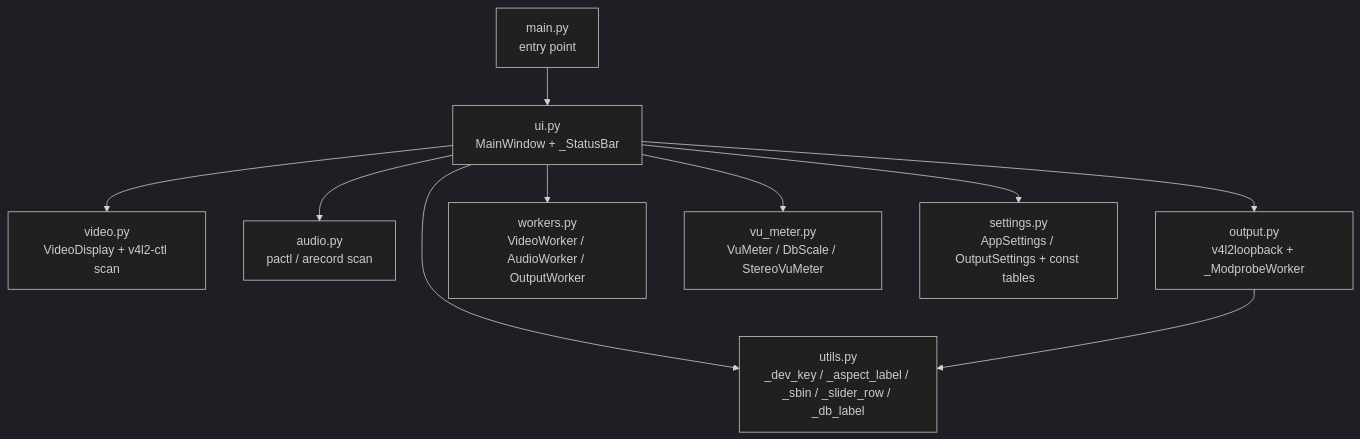
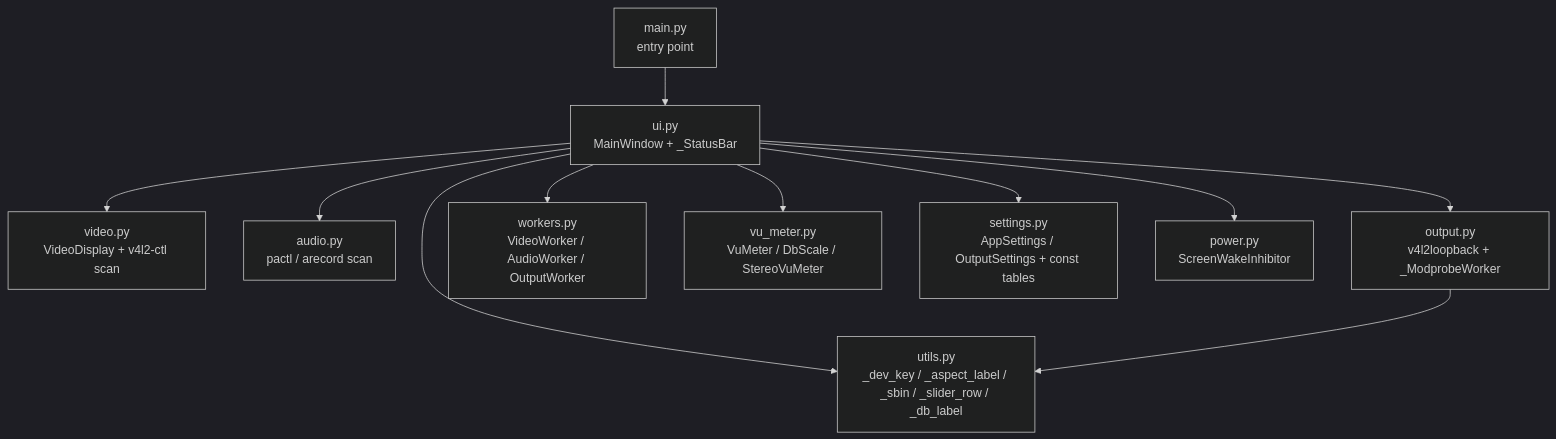
Before and after one commit to RetroZelda/hagibis-monitor: the second of 3 diagrams in AGENTS.md, drawn with Mermaid (dark theme). The commit also changed other lines of this file and 5 other files, not shown here.

````diff
--- a/AGENTS.md
+++ b/AGENTS.md
@@ -179,22 +180,24 @@
 ```mermaid
 flowchart TD
     main[main.py<br/>entry point]
     ui[ui.py<br/>MainWindow + _StatusBar]
     video[video.py<br/>VideoDisplay + v4l2-ctl scan]
     audio[audio.py<br/>pactl / arecord scan]
     output[output.py<br/>v4l2loopback + _ModprobeWorker]
     workers[workers.py<br/>VideoWorker / AudioWorker / OutputWorker]
     vu[vu_meter.py<br/>VuMeter / DbScale / StereoVuMeter]
     settings[settings.py<br/>AppSettings / OutputSettings + const tables]
     utils[utils.py<br/>_dev_key / _aspect_label / _sbin / _slider_row / _db_label]
+    power[power.py<br/>ScreenWakeInhibitor]
 
     main --> ui
     ui --> video
     ui --> audio
+    ui --> power
     ui --> output
     ui --> workers
     ui --> vu
     ui --> settings
     ui --> utils
     output --> utils
 ```
````
